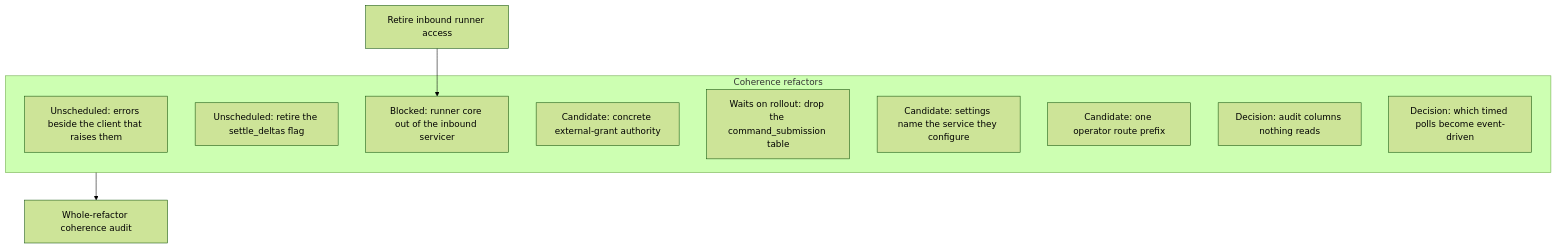
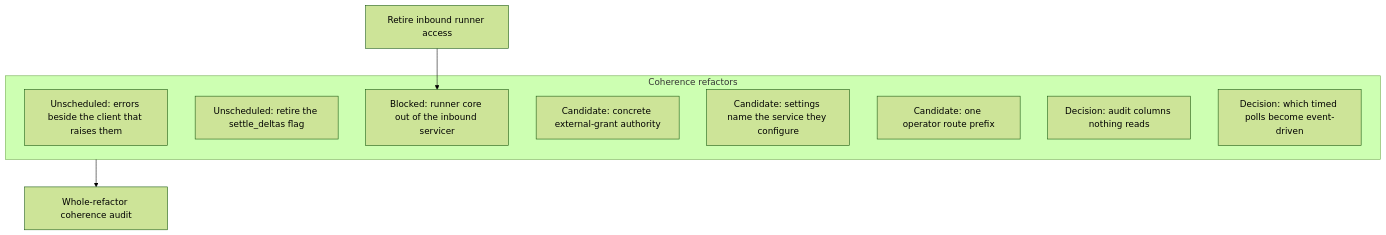
Diagram 14 of 14 in agentplane/plans/task_dag.md (agentydragon-agent/ducktape), drawn with Mermaid (forest theme) before and after one commit. The commit also changed other lines of this file and 4 other files, not shown here.

````diff
--- a/agentplane/plans/task_dag.md
+++ b/agentplane/plans/task_dag.md
@@ -940,17 +940,16 @@
 ```mermaid
 flowchart TD
     RUNNER_INBOUND_RETIRE[Retire inbound runner access]
     subgraph COHERENCE_REFACTORS[Coherence refactors]
         RUNNER_ERRORS_REHOME[Unscheduled: errors beside the client that raises them]
         SETTLE_DELTAS_ALWAYS_ON[Unscheduled: retire the settle_deltas flag]
         RUNNER_CORE_SPLIT[Blocked: runner core out of the inbound servicer]
         ACTION_PROTOCOLS_CONCRETE[Candidate: concrete external-grant authority]
-        COMMAND_SUBMISSION_DROP[Waits on rollout: drop the command_submission table]
         SERVICE_SETTING_NAMES[Candidate: settings name the service they configure]
         OPERATOR_ROUTE_PREFIX[Candidate: one operator route prefix]
         NOTIFICATION_WRITE_ONLY_COLUMNS[Decision: audit columns nothing reads]
         EVENT_DRIVEN_WAKEUPS[Decision: which timed polls become event-driven]
     end
     RUNNER_INBOUND_RETIRE --> RUNNER_CORE_SPLIT
     COHERENCE_REFACTORS --> REFACTOR_COHERENCE_AUDIT[Whole-refactor coherence audit]
 ```
````
